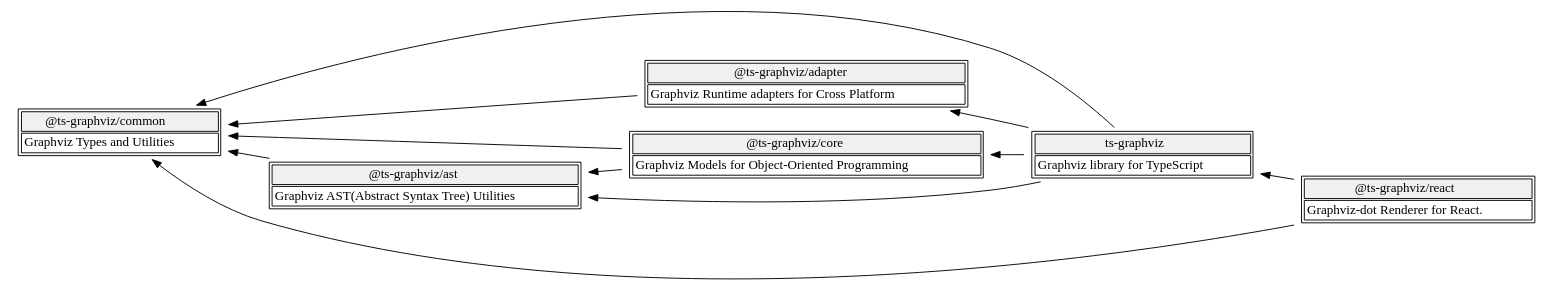
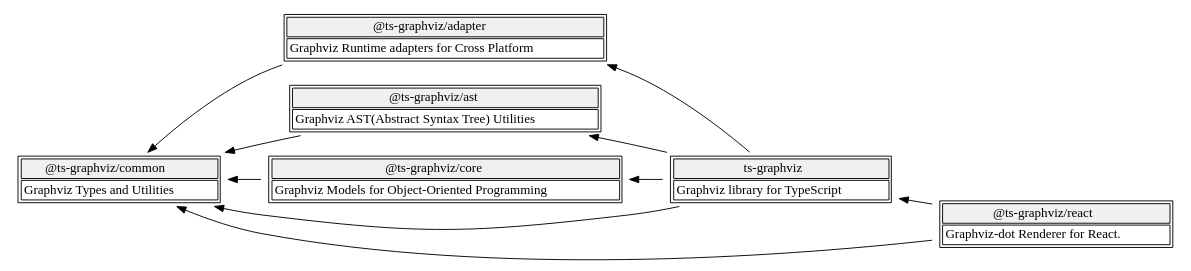
One commit to ts-graphviz/ts-graphviz changed the diagram in media/dependency-graph.dot. Above: the diagram before and after it, drawn with Graphviz. The commit also changed 24 other files, not shown here.

```diff
--- a/media/dependency-graph.dot
+++ b/media/dependency-graph.dot
@@ -1,44 +1,43 @@
 digraph "dependency_graph" {
   newrank = true;
   rankdir = "LR";
   edge [
     dir = "back";
   ];
   node [
     shape = "none";
   ];
   "@ts-graphviz/adapter" [
     label = <<table><tr><td port="name" bgcolor="#f0f0f0" align="CENTER">@ts-graphviz/adapter</td></tr><tr><td port="description" align="CENTER">Graphviz Runtime adapters for Cross Platform</td></tr></table>>;
     URL = "https://www.npmjs.com/package/@ts-graphviz/adapter";
   ];
   "@ts-graphviz/ast" [
     label = <<table><tr><td port="name" bgcolor="#f0f0f0" align="CENTER">@ts-graphviz/ast</td></tr><tr><td port="description" align="CENTER">Graphviz AST(Abstract Syntax Tree) Utilities</td></tr></table>>;
     URL = "https://www.npmjs.com/package/@ts-graphviz/ast";
   ];
   "@ts-graphviz/common" [
     label = <<table><tr><td port="name" bgcolor="#f0f0f0" align="CENTER">@ts-graphviz/common</td></tr><tr><td port="description" align="CENTER">Graphviz Types and Utilities</td></tr></table>>;
     URL = "https://www.npmjs.com/package/@ts-graphviz/common";
   ];
   "@ts-graphviz/core" [
     label = <<table><tr><td port="name" bgcolor="#f0f0f0" align="CENTER">@ts-graphviz/core</td></tr><tr><td port="description" align="CENTER">Graphviz Models for Object-Oriented Programming</td></tr></table>>;
     URL = "https://www.npmjs.com/package/@ts-graphviz/core";
   ];
   "@ts-graphviz/react" [
     label = <<table><tr><td port="name" bgcolor="#f0f0f0" align="CENTER">@ts-graphviz/react</td></tr><tr><td port="description" align="CENTER">Graphviz-dot Renderer for React.</td></tr></table>>;
     URL = "https://www.npmjs.com/package/@ts-graphviz/react";
   ];
   "ts-graphviz" [
     label = <<table><tr><td port="name" bgcolor="#f0f0f0" align="CENTER">ts-graphviz</td></tr><tr><td port="description" align="CENTER">Graphviz library for TypeScript</td></tr></table>>;
     URL = "https://www.npmjs.com/package/ts-graphviz";
   ];
   "@ts-graphviz/common" -> "@ts-graphviz/adapter";
   "@ts-graphviz/common" -> "@ts-graphviz/ast";
-  "@ts-graphviz/ast" -> "@ts-graphviz/core";
   "@ts-graphviz/common" -> "@ts-graphviz/core";
   "@ts-graphviz/common" -> "@ts-graphviz/react";
   "ts-graphviz" -> "@ts-graphviz/react";
   "@ts-graphviz/adapter" -> "ts-graphviz";
   "@ts-graphviz/ast" -> "ts-graphviz";
   "@ts-graphviz/common" -> "ts-graphviz";
   "@ts-graphviz/core" -> "ts-graphviz";
 }
```
